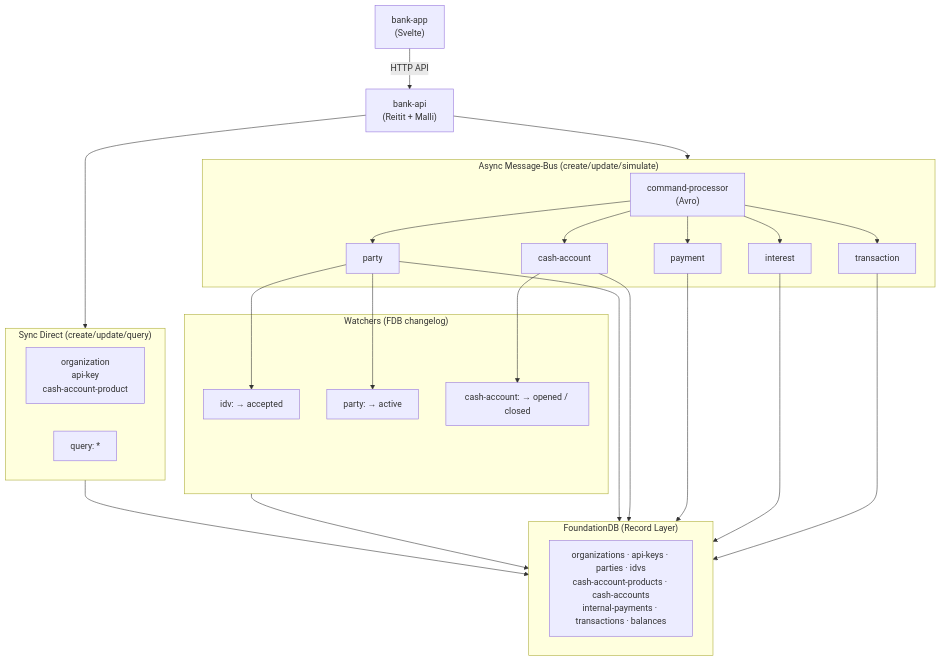
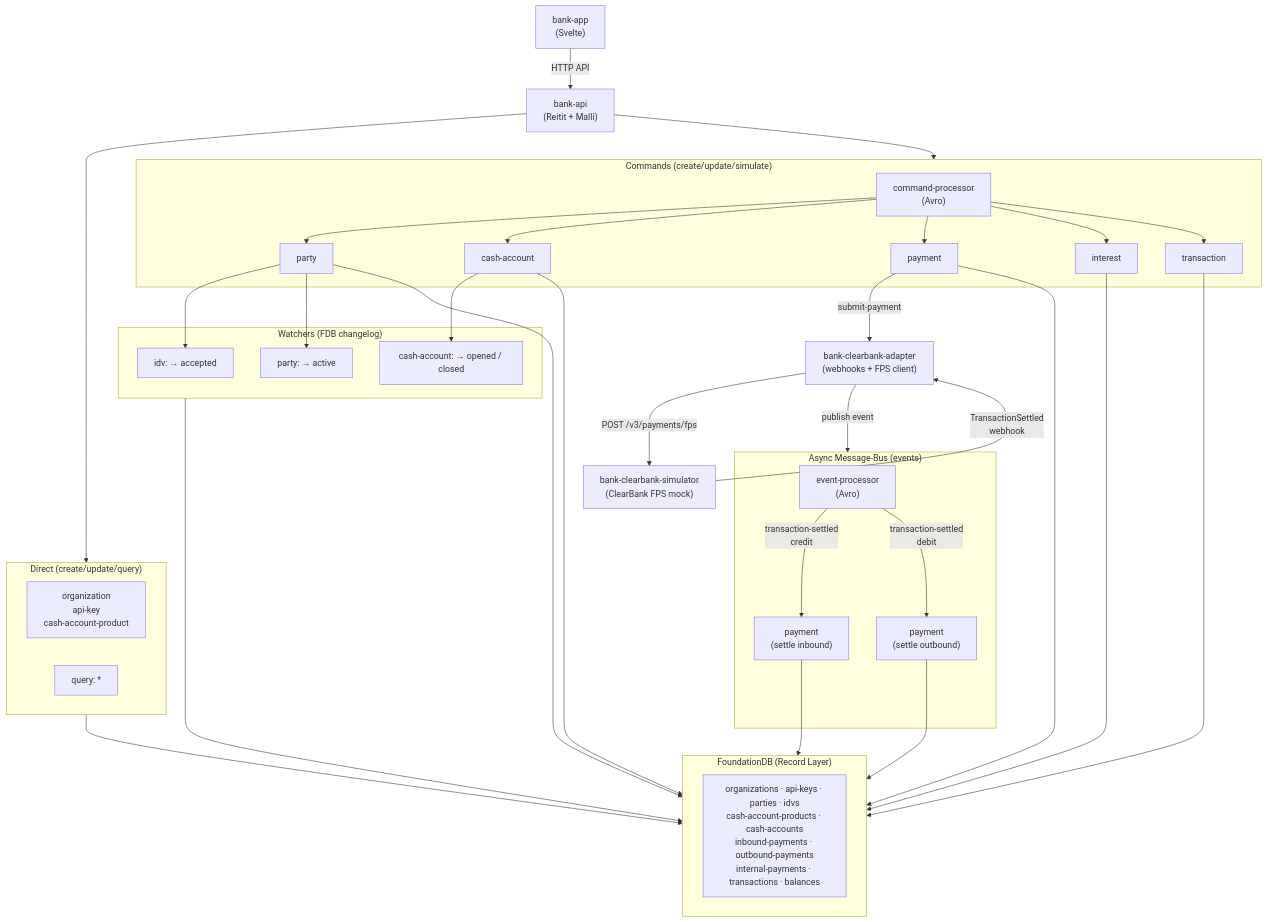
Before and after one commit to kjothen/queenswood: the diagram in readme.md, drawn with Mermaid. The commit also changed other lines of this file, not shown here.

First line of the commit message:
Update README with ClearBank and payment documentation (#6)

````diff
--- a/readme.md
+++ b/readme.md
@@ -24,45 +25,60 @@
 ```mermaid
 graph TD
     APP["bank-app<br/>(Svelte)"]
     API["bank-api<br/>(Reitit + Malli)"]
+    SIM["bank-clearbank-simulator<br/>(ClearBank FPS mock)"]
+    ADAPTER["bank-clearbank-adapter<br/>(webhooks + FPS client)"]
     APP -->|HTTP API| API
 
-    subgraph sync ["Sync Direct (create/update/query)"]
+    subgraph sync ["Direct (create/update/query)"]
         SYNC_CU["organization<br/>api-key<br/>cash-account-product"]
         SYNC_Q["query: *"]
     end
 
-    subgraph async ["Async Message-Bus (create/update/simulate)"]
+    subgraph async ["Commands (create/update/simulate)"]
         CP["command-processor<br/>(Avro)"]
         CP --> PARTY[party]
         CP --> CASH[cash-account]
         CP --> PAY[payment]
         CP --> INT[interest]
         CP --> TXN[transaction]
     end
 
+    subgraph events ["Async Message-Bus (events)"]
+        EP["event-processor<br/>(Avro)"]
+        EP -->|transaction-settled<br/>credit| PAY_IN["payment<br/>(settle inbound)"]
+        EP -->|transaction-settled<br/>debit| PAY_OUT["payment<br/>(settle outbound)"]
+    end
+
     API --> sync
     API --> async
+
+    PAY -->|submit-payment| ADAPTER
+    ADAPTER -->|POST /v3/payments/fps| SIM
+    SIM -->|TransactionSettled<br/>webhook| ADAPTER
+    ADAPTER -->|publish event| events
 
     subgraph watchers ["Watchers (FDB changelog)"]
         W1["idv: → accepted"]
         W2["party: → active"]
         W3["cash-account: → opened / closed"]
     end
 
     PARTY --> W1
     PARTY --> W2
     CASH --> W3
 
     subgraph fdb ["FoundationDB (Record Layer)"]
-        STORES["organizations · api-keys · parties · idvs<br/>cash-account-products · cash-accounts<br/>internal-payments · transactions · balances"]
+        STORES["organizations · api-keys · parties · idvs<br/>cash-account-products · cash-accounts<br/>inbound-payments · outbound-payments<br/>internal-payments · transactions · balances"]
     end
 
     sync --> fdb
     watchers --> fdb
     PARTY --> fdb
     CASH --> fdb
     PAY --> fdb
+    PAY_IN --> fdb
+    PAY_OUT --> fdb
     INT --> fdb
     TXN --> fdb
 ```
````
